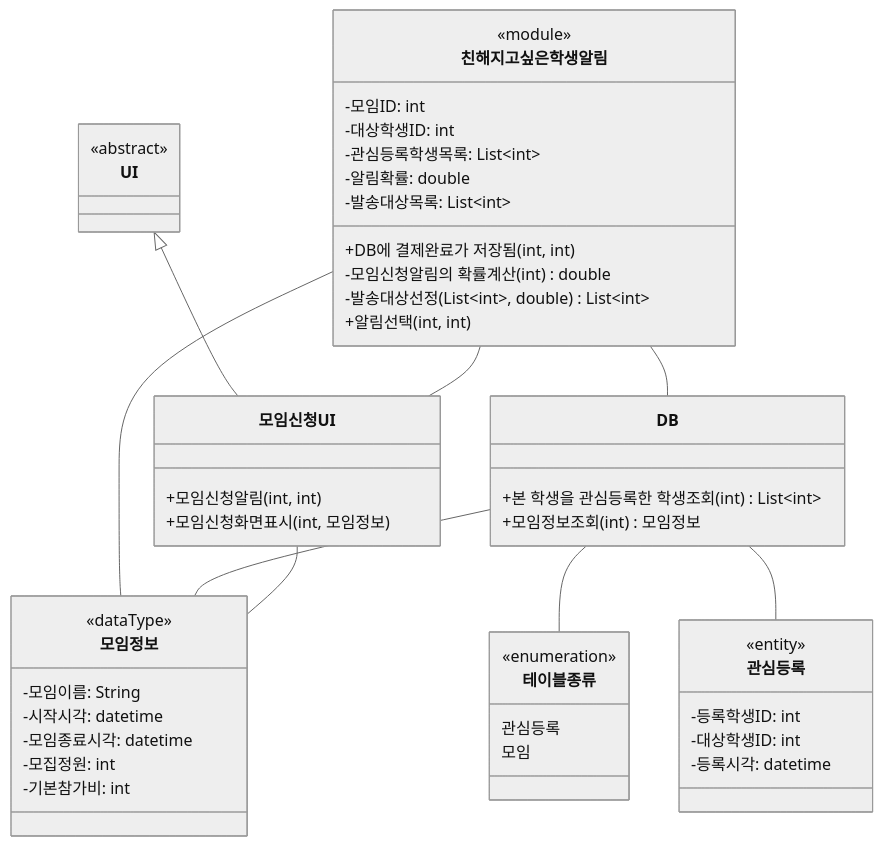
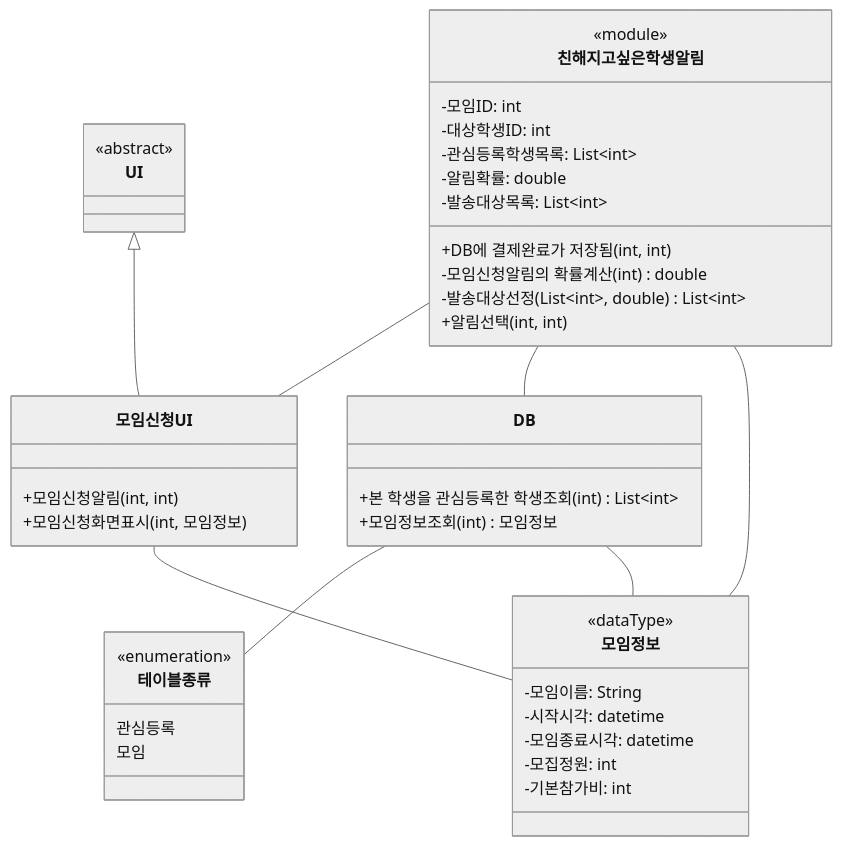
The diagram in presentation/03/3-class.md (hojae3/sw-engineering-16), drawn with Mermaid (neutral theme) before and after one commit. The commit also changed other lines of this file and 2 other files, not shown here.

Commit message:
[presentation] 3번 클래스에서 관심등록 «entity» 제거(DB 속성 표시 안 함), DB 공통 함수·신청 테이블은 나중에 논의로 RULES에 기록

````diff
--- a/presentation/03/3-class.md
+++ b/presentation/03/3-class.md
@@ -13,54 +12,47 @@
 ```mermaid
 classDiagram
     class UI {
         <<abstract>>
     }
     class 모임신청UI {
         +모임신청알림(int, int)
         +모임신청화면표시(int, 모임정보)
     }
     class 친해지고싶은학생알림 {
         <<module>>
         -모임ID: int
         -대상학생ID: int
         -관심등록학생목록: List~int~
         -알림확률: double
         -발송대상목록: List~int~
         +DB에 결제완료가 저장됨(int, int)
         -모임신청알림의 확률계산(int) double
         -발송대상선정(List~int~, double) List~int~
         +알림선택(int, int)
     }
     class DB {
         +본 학생을 관심등록한 학생조회(int) List~int~
         +모임정보조회(int) 모임정보
     }
     class 테이블종류 {
         <<enumeration>>
         관심등록
         모임
     }
-    class 관심등록 {
-        <<entity>>
-        -등록학생ID: int
-        -대상학생ID: int
-        -등록시각: datetime
-    }
     class 모임정보 {
         <<dataType>>
         -모임이름: String
         -시작시각: datetime
         -모임종료시각: datetime
         -모집정원: int
         -기본참가비: int
     }
 
     UI <|-- 모임신청UI
     친해지고싶은학생알림 -- 모임신청UI
     친해지고싶은학생알림 -- DB
     친해지고싶은학생알림 -- 모임정보
     DB -- 테이블종류
-    DB -- 관심등록
     DB -- 모임정보
     모임신청UI -- 모임정보
 ```
````
